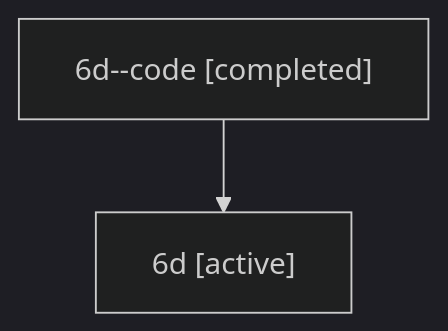
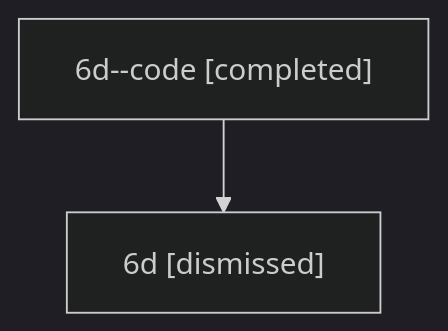
The diagram in sessions/bbugyi200.athena.6d.md (sase-org/sase--agents), drawn with Mermaid (dark theme) before and after one commit. The commit also changed other lines of this file and 17 other files, not shown here.

````diff
--- a/sessions/bbugyi200.athena.6d.md
+++ b/sessions/bbugyi200.athena.6d.md
@@ -9,6 +9,6 @@
 ```mermaid
 flowchart TD
   n0["6d--code [completed]"]
-  n1["6d [active]"]
+  n1["6d [dismissed]"]
   n0 --> n1
 ```
````
